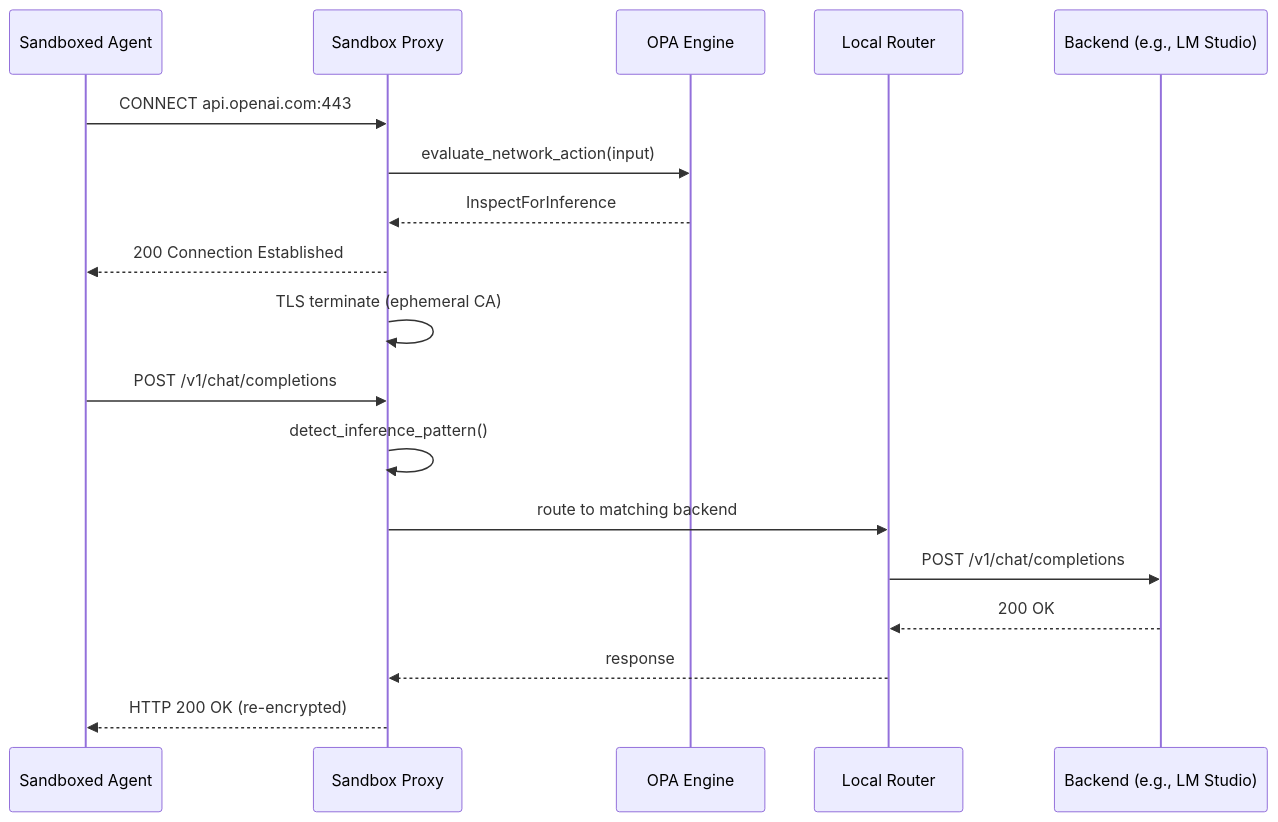
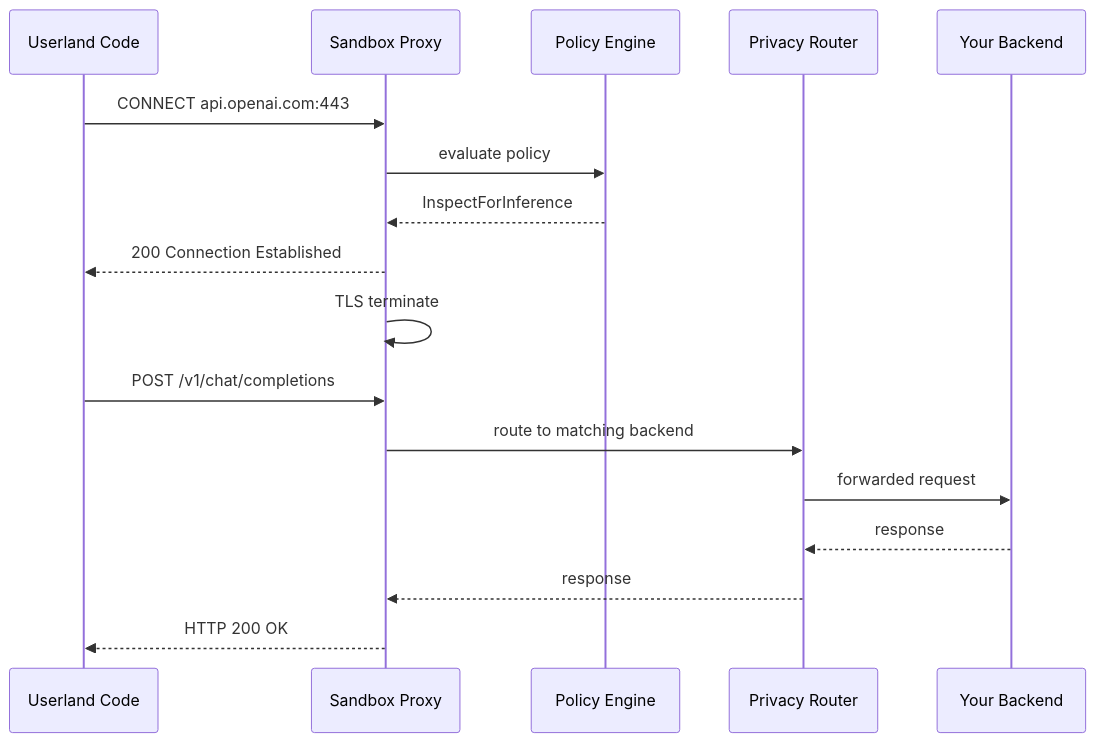
The diagram in docs/inference/index.md (NVIDIA/OpenShell), drawn with Mermaid before and after one commit. The commit also changed other lines of this file and 32 other files, not shown here.

````diff
--- a/docs/inference/index.md
+++ b/docs/inference/index.md
@@ -22,21 +36,20 @@
 ```{mermaid}
 sequenceDiagram
-    participant Agent as Sandboxed Agent
+    participant Code as Userland Code
     participant Proxy as Sandbox Proxy
-    participant OPA as OPA Engine
-    participant Router as Local Router
-    participant Backend as Backend (e.g., LM Studio)
+    participant OPA as Policy Engine
+    participant Router as Privacy Router
+    participant Backend as Your Backend
 
-    Agent->>Proxy: CONNECT api.openai.com:443
-    Proxy->>OPA: evaluate_network_action(input)
+    Code->>Proxy: CONNECT api.openai.com:443
+    Proxy->>OPA: evaluate policy
     OPA-->>Proxy: InspectForInference
-    Proxy-->>Agent: 200 Connection Established
-    Proxy->>Proxy: TLS terminate (ephemeral CA)
-    Agent->>Proxy: POST /v1/chat/completions
-    Proxy->>Proxy: detect_inference_pattern()
+    Proxy-->>Code: 200 Connection Established
+    Proxy->>Proxy: TLS terminate
+    Code->>Proxy: POST /v1/chat/completions
     Proxy->>Router: route to matching backend
-    Router->>Backend: POST /v1/chat/completions
-    Backend-->>Router: 200 OK
+    Router->>Backend: forwarded request
+    Backend-->>Router: response
     Router-->>Proxy: response
-    Proxy-->>Agent: HTTP 200 OK (re-encrypted)
+    Proxy-->>Code: HTTP 200 OK
 ```
````
